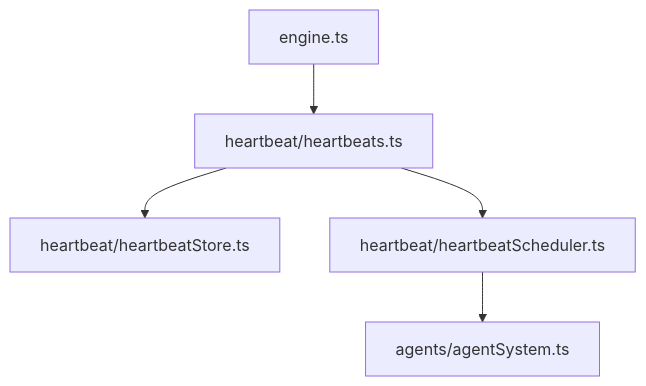
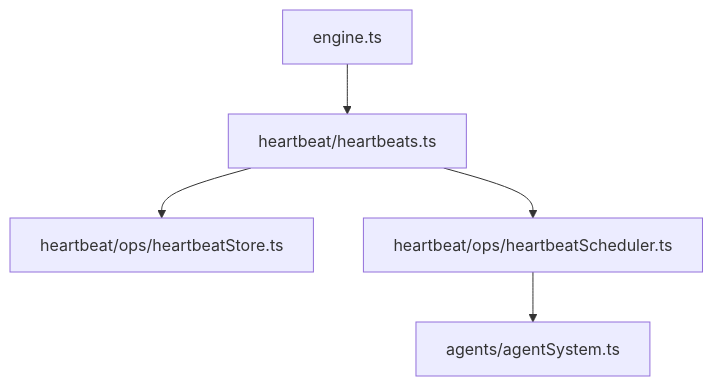
Before and after one commit to ex3ndr/daycare: the diagram in docs/heartbeat.md, drawn with Mermaid. The commit also changed 76 other files, not shown here.

````diff
--- a/docs/heartbeat.md
+++ b/docs/heartbeat.md
@@ -17,7 +17,7 @@
 ```mermaid
 flowchart TD
   Engine[engine.ts] --> Heartbeats[heartbeat/heartbeats.ts]
-  Heartbeats --> Store[heartbeat/heartbeatStore.ts]
-  Heartbeats --> Scheduler[heartbeat/heartbeatScheduler.ts]
+  Heartbeats --> Store[heartbeat/ops/heartbeatStore.ts]
+  Heartbeats --> Scheduler[heartbeat/ops/heartbeatScheduler.ts]
   Scheduler --> AgentSystem[agents/agentSystem.ts]
 ```
````
